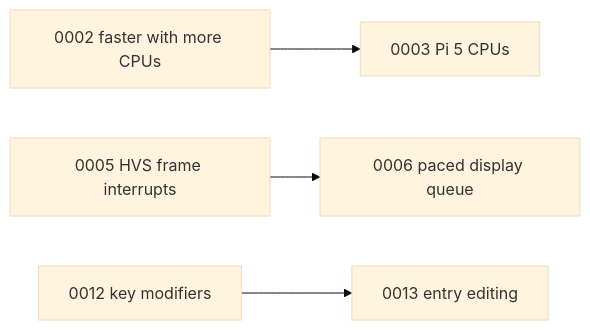
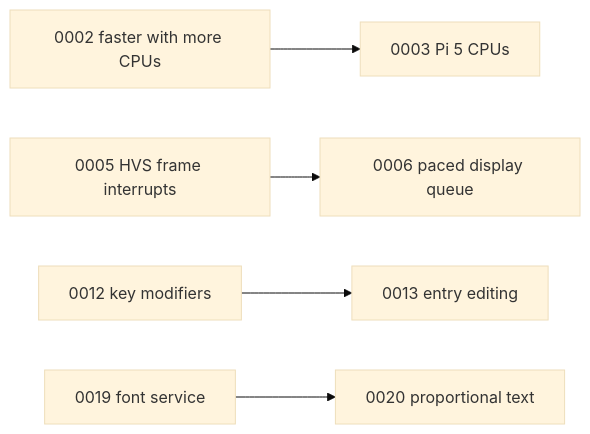
The diagram in roadmap/INDEX.md (misleb/L0S), drawn with Mermaid (base theme) before and after one commit. The commit also changed other lines of this file and 2 other files, not shown here.

First line of the commit message:
Write roadmap 0019 and 0020: a font service, and proportional text

````diff
--- a/roadmap/INDEX.md
+++ b/roadmap/INDEX.md
@@ -50,6 +55,7 @@
 ```mermaid
 graph LR
   0002[0002 faster with more CPUs] --> 0003[0003 Pi 5 CPUs]
   0005[0005 HVS frame interrupts] --> 0006[0006 paced display queue]
   0012[0012 key modifiers] --> 0013[0013 entry editing]
+  0019[0019 font service] --> 0020[0020 proportional text]
 ```
````
